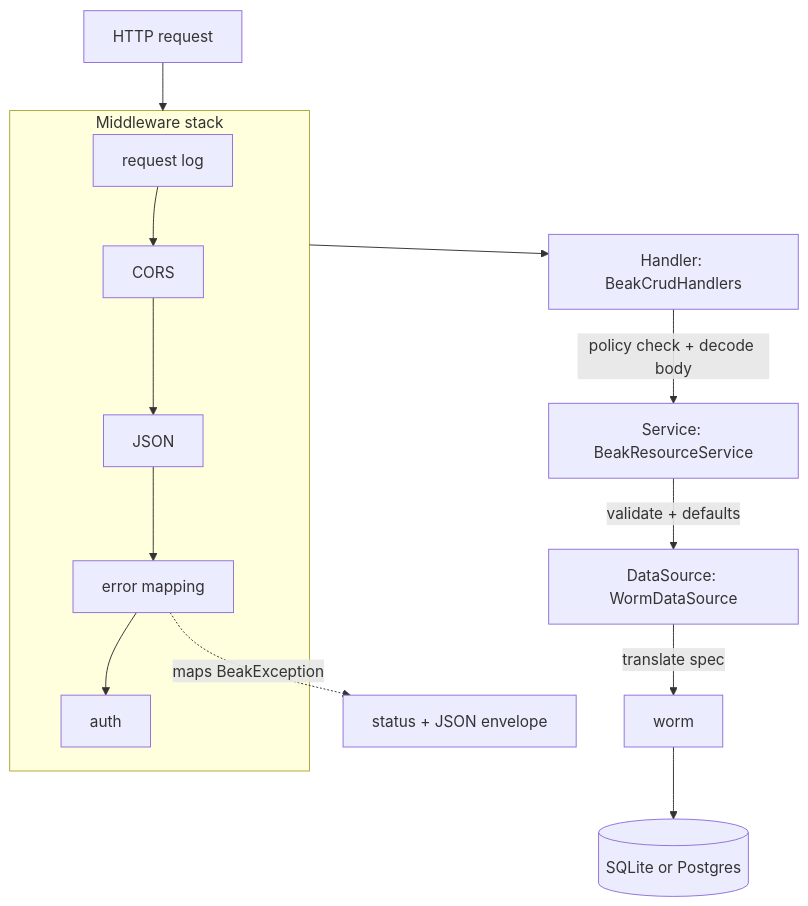
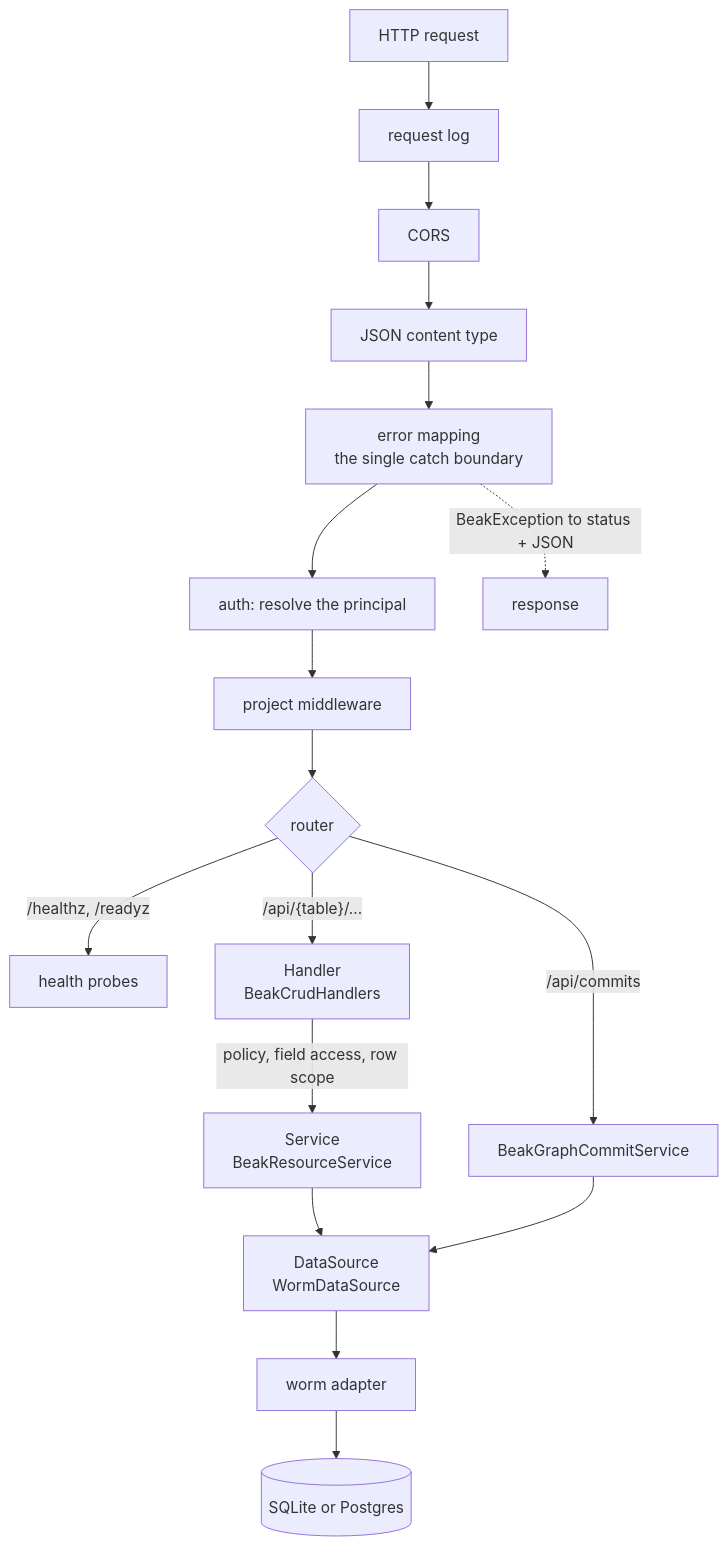
Before and after one commit to SimonErich/beak: the diagram in docs/architecture/backend-flow.md, drawn with Mermaid. The commit also changed other lines of this file and 10 other files, not shown here.

Commit message:
docs(architecture): internals for contributors and experts, with diagrams rendered and facts checked against the code

````diff
--- a/docs/architecture/backend-flow.md
+++ b/docs/architecture/backend-flow.md
@@ -17,13 +15,18 @@
 ```mermaid
 flowchart TD
-  REQ[HTTP request] --> MW
-  subgraph MW[Middleware stack]
-    LOG[request log] --> CORS --> JSON[JSON] --> ERR[error mapping] --> AUTH[auth]
-  end
-  MW --> H[Handler: BeakCrudHandlers]
-  H -->|policy check + decode body| S[Service: BeakResourceService]
-  S -->|validate + defaults| DS[DataSource: WormDataSource]
-  DS -->|translate spec| WORM[worm]
-  WORM --> DB[(SQLite or Postgres)]
-  ERR -. maps BeakException .-> RESP[status + JSON envelope]
+  REQ[HTTP request] --> LOG[request log]
+  LOG --> CORS[CORS]
+  CORS --> JSON[JSON content type]
+  JSON --> ERR[error mapping<br/>the single catch boundary]
+  ERR --> AUTH["auth: resolve the principal"]
+  AUTH --> PMW[project middleware]
+  PMW --> ROUTER{router}
+  ROUTER -->|"/healthz, /readyz"| HEALTH[health probes]
+  ROUTER -->|"/api/commits"| GRAPH[BeakGraphCommitService]
+  ROUTER -->|"/api/{table}/..."| H["Handler<br/>BeakCrudHandlers"]
+  H -->|policy, field access, row scope| S["Service<br/>BeakResourceService"]
+  S --> DS["DataSource<br/>WormDataSource"]
+  GRAPH --> DS
+  DS --> WORM[worm adapter] --> DB[(SQLite or Postgres)]
+  ERR -. "BeakException to status + JSON" .-> RESP[response]
 ```
````
